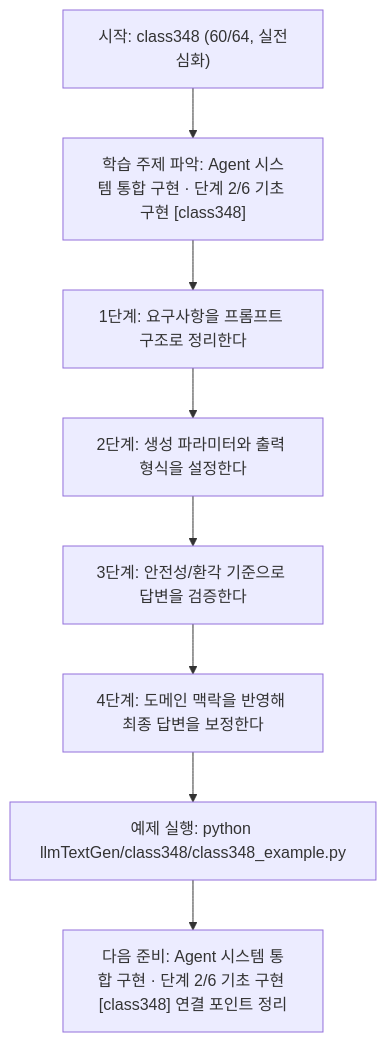
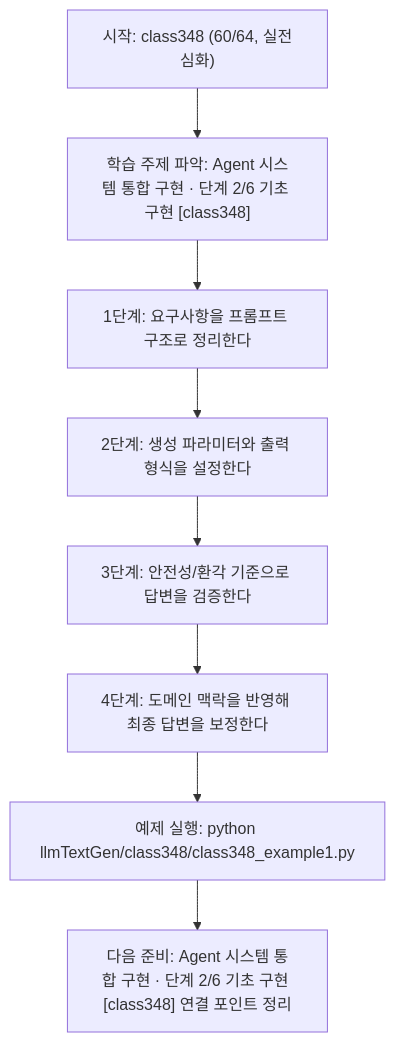
One commit to edumgt/Python-AI_Agent-Class changed the diagram in llmTextGen/class348/class348.md. Above: the diagram before and after it, drawn with Mermaid. The commit also changed other lines of this file and 2959 other files, not shown here.

````diff
--- a/llmTextGen/class348/class348.md
+++ b/llmTextGen/class348/class348.md
@@ -115,18 +115,18 @@
 ```mermaid
 flowchart TD
 N1["시작: class348 (60/64, 실전심화)"]
 N2["학습 주제 파악: Agent 시스템 통합 구현 · 단계 2/6 기초 구현 [class348]"]
 N3["1단계: 요구사항을 프롬프트 구조로 정리한다"]
 N4["2단계: 생성 파라미터와 출력 형식을 설정한다"]
 N5["3단계: 안전성/환각 기준으로 답변을 검증한다"]
 N6["4단계: 도메인 맥락을 반영해 최종 답변을 보정한다"]
-N7["예제 실행: python llmTextGen/class348/class348_example.py"]
+N7["예제 실행: python llmTextGen/class348/class348_example1.py"]
 N8["다음 준비: Agent 시스템 통합 구현 · 단계 2/6 기초 구현 [class348] 연결 포인트 정리"]
 N1 --> N2
 N2 --> N3
 N3 --> N4
 N4 --> N5
 N5 --> N6
 N6 --> N7
 N7 --> N8
 ```
````
